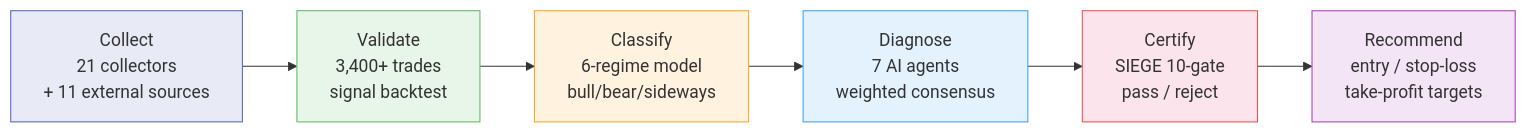
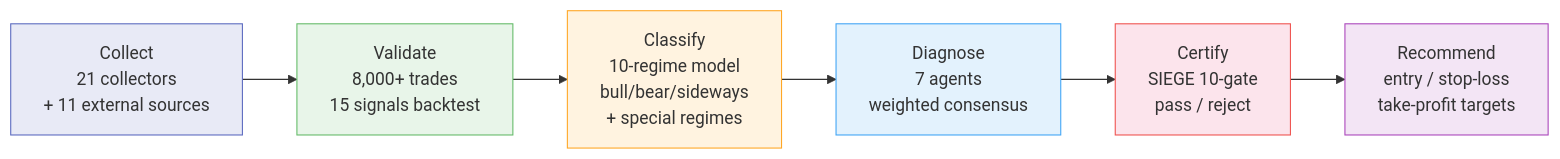
Before and after one commit to researcherhojin/nuri-quant: the diagram in README.md, drawn with Mermaid. The commit also changed other lines of this file and 9 other files, not shown here.

````diff
--- a/README.md
+++ b/README.md
@@ -19,15 +19,15 @@
 ```mermaid
 graph LR
-    A["Collect<br/>21 collectors<br/>+ 11 external sources"] --> B["Validate<br/>3,400+ trades<br/>signal backtest"]
-    B --> C["Classify<br/>6-regime model<br/>bull/bear/sideways"]
-    C --> D["Diagnose<br/>7 AI agents<br/>weighted consensus"]
+    A["Collect<br/>21 collectors<br/>+ 11 external sources"] --> B["Validate<br/>8,000+ trades<br/>15 signals backtest"]
+    B --> C["Classify<br/>10-regime model<br/>bull/bear/sideways<br/>+ special regimes"]
+    C --> D["Diagnose<br/>7 agents<br/>weighted consensus"]
     D --> E["Certify<br/>SIEGE 10-gate<br/>pass / reject"]
     E --> F["Recommend<br/>entry / stop-loss<br/>take-profit targets"]
 
     style A fill:#e8eaf6,stroke:#5c6bc0
     style B fill:#e8f5e9,stroke:#66bb6a
     style C fill:#fff3e0,stroke:#ffa726
     style D fill:#e3f2fd,stroke:#42a5f5
     style E fill:#fce4ec,stroke:#ef5350
     style F fill:#f3e5f5,stroke:#ab47bc
 ```
````
